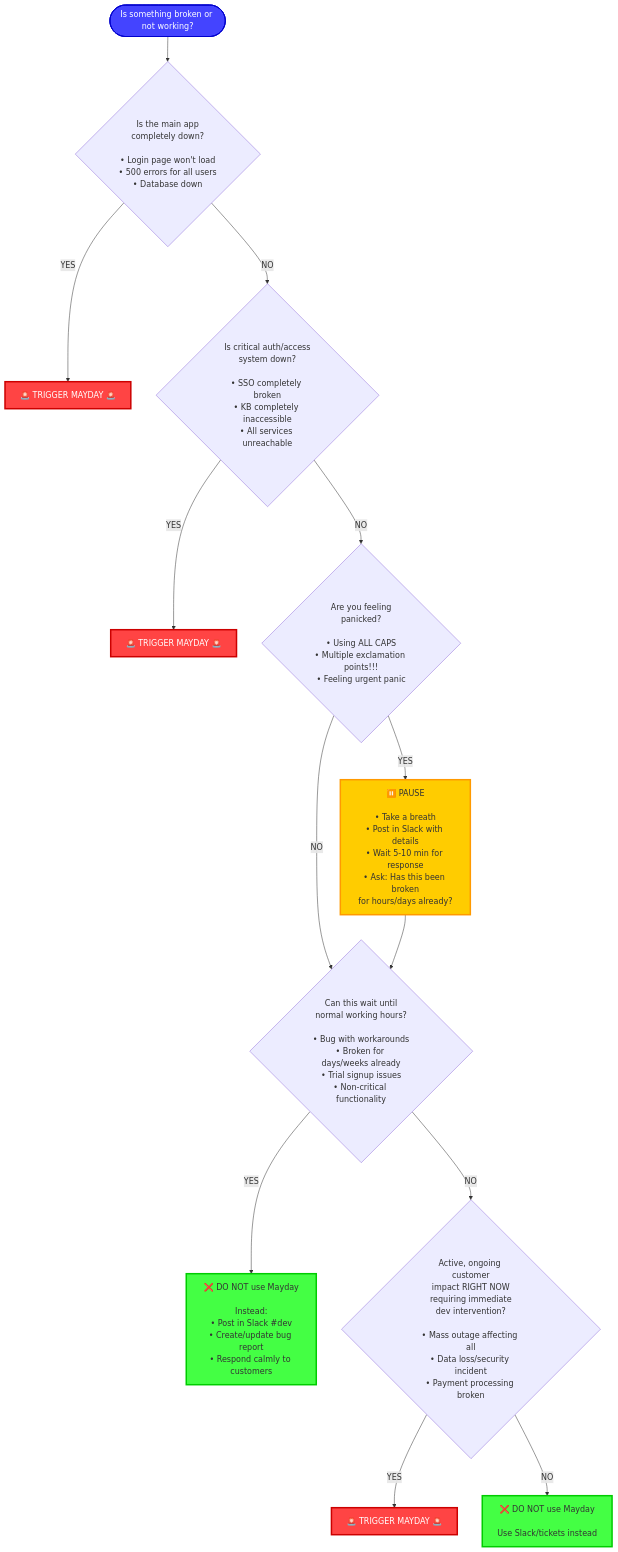
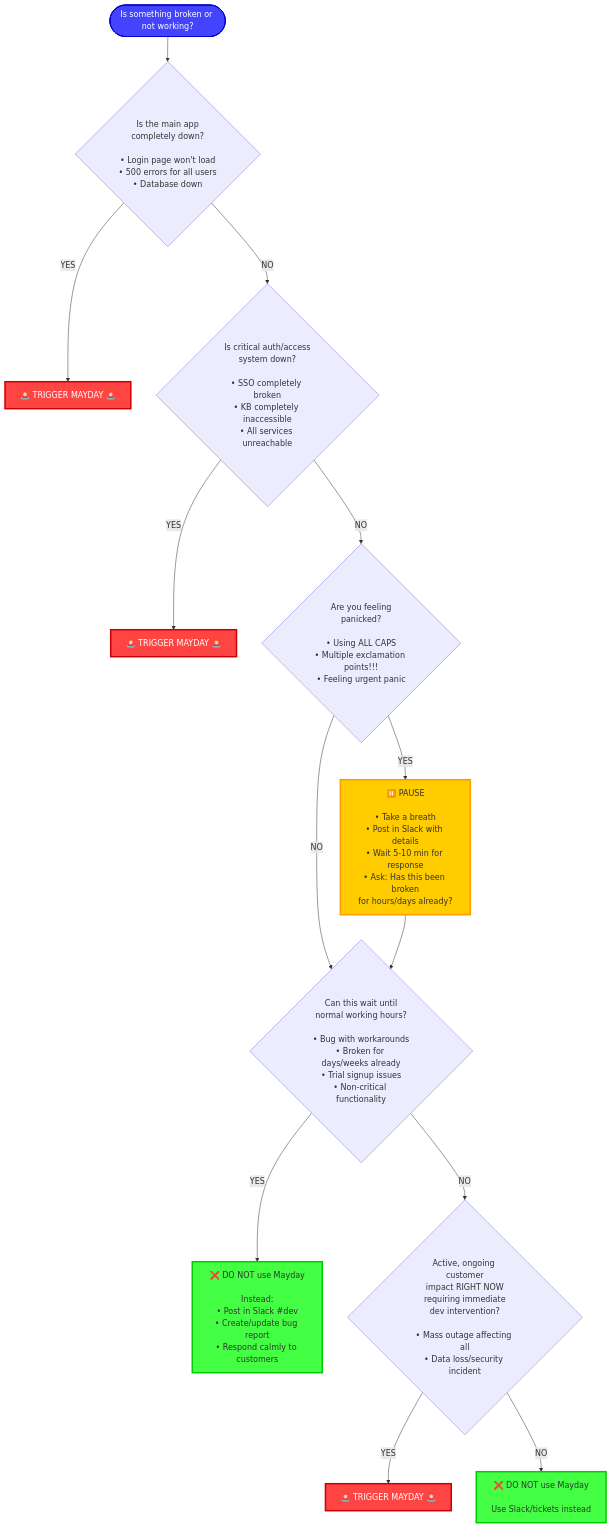
The diagram in mayday-decision-tree.mermaid (chad-knowledgeowl/mayday-decision-tree), drawn with Mermaid before and after one commit.

```diff
--- a/mayday-decision-tree.mermaid
+++ b/mayday-decision-tree.mermaid
@@ -1,27 +1,27 @@
 flowchart TD
     Start([Is something broken or not working?]) --> Q1{Is the main app<br/>completely down?<br/><br/>• Login page won't load<br/>• 500 errors for all users<br/>• Database down}
     
     Q1 -->|YES| Mayday1[🚨 TRIGGER MAYDAY 🚨]
     Q1 -->|NO| Q2{Is critical auth/access<br/>system down?<br/><br/>• SSO completely broken<br/>• KB completely inaccessible<br/>• All services unreachable}
     
     Q2 -->|YES| Mayday2[🚨 TRIGGER MAYDAY 🚨]
     Q2 -->|NO| Q3{Are you feeling<br/>panicked?<br/><br/>• Using ALL CAPS<br/>• Multiple exclamation points!!!<br/>• Feeling urgent panic}
     
     Q3 -->|YES| Pause[⏸️ PAUSE<br/><br/>• Take a breath<br/>• Post in Slack with details<br/>• Wait 5-10 min for response<br/>• Ask: Has this been broken<br/>for hours/days already?]
     Q3 -->|NO| Q4
     
     Pause --> Q4{Can this wait until<br/>normal working hours?<br/><br/>• Bug with workarounds<br/>• Broken for days/weeks already<br/>• Trial signup issues<br/>• Non-critical functionality}
     
     Q4 -->|YES| NoMayday1[❌ DO NOT use Mayday<br/><br/>Instead:<br/>• Post in Slack #dev<br/>• Create/update bug report<br/>• Respond calmly to customers]
-    Q4 -->|NO| Q5{Active, ongoing customer<br/>impact RIGHT NOW<br/>requiring immediate<br/>dev intervention?<br/><br/>• Mass outage affecting all<br/>• Data loss/security incident<br/>• Payment processing broken}
+    Q4 -->|NO| Q5{Active, ongoing customer<br/>impact RIGHT NOW<br/>requiring immediate<br/>dev intervention?<br/><br/>• Mass outage affecting all<br/>• Data loss/security incident}
     
     Q5 -->|YES| Mayday3[🚨 TRIGGER MAYDAY 🚨]
     Q5 -->|NO| NoMayday2[❌ DO NOT use Mayday<br/><br/>Use Slack/tickets instead]
     
     style Mayday1 fill:#ff4444,stroke:#cc0000,stroke-width:3px,color:#fff
     style Mayday2 fill:#ff4444,stroke:#cc0000,stroke-width:3px,color:#fff
     style Mayday3 fill:#ff4444,stroke:#cc0000,stroke-width:3px,color:#fff
     style NoMayday1 fill:#44ff44,stroke:#00cc00,stroke-width:3px
     style NoMayday2 fill:#44ff44,stroke:#00cc00,stroke-width:3px
     style Pause fill:#ffcc00,stroke:#ff9900,stroke-width:3px
     style Start fill:#4444ff,stroke:#0000cc,stroke-width:2px,color:#fff
```
